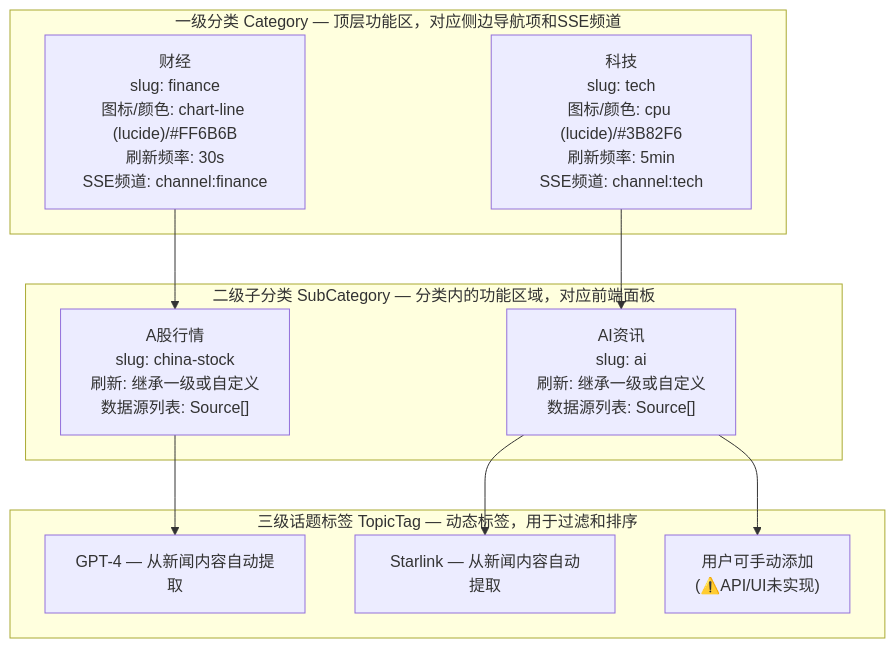
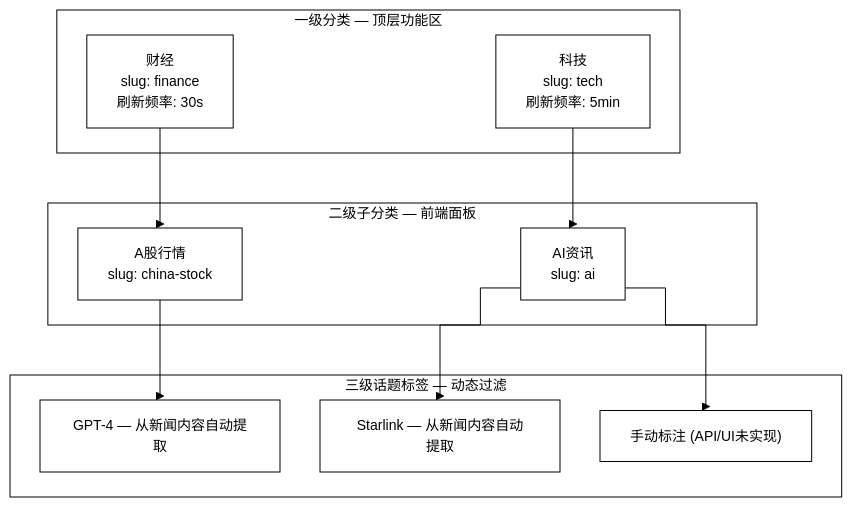
Before and after one commit to onceme/instantboard: the first of 6 diagrams in docs/design/content-categories.md, drawn with Mermaid. The commit also changed other lines of this file and 11 other files, not shown here.

````diff
--- a/docs/design/content-categories.md
+++ b/docs/design/content-categories.md
@@ -40,21 +40,22 @@
 ```mermaid
+%%{init: {"theme": "base", "themeVariables": {"background": "#ffffff", "primaryColor": "#ffffff", "primaryTextColor": "#000000", "primaryBorderColor": "#000000", "lineColor": "#000000", "secondaryColor": "#ffffff", "secondaryTextColor": "#000000", "secondaryBorderColor": "#000000", "tertiaryColor": "#ffffff", "tertiaryTextColor": "#000000", "tertiaryBorderColor": "#000000", "edgeLabelBackground": "#ffffff", "textColor": "#000000", "nodeTextColor": "#000000", "mainBkg": "#ffffff", "nodeBorder": "#000000", "clusterBkg": "#ffffff", "clusterBdr": "#000000", "clusterTextColor": "#000000", "titleColor": "#000000", "fontSize": "14px"}, "flowchart": {"curve": "step", "nodeSpacing": 40, "rankSpacing": 50, "wrappingWidth": 180, "useMaxWidth": true}}}%%
 graph TD
-    subgraph level1["一级分类 Category — 顶层功能区，对应侧边导航项和SSE频道"]
-        finance["财经<br/>slug: finance<br/>图标/颜色: chart-line (lucide)/#FF6B6B<br/>刷新频率: 30s<br/>SSE频道: channel:finance"]
-        tech["科技<br/>slug: tech<br/>图标/颜色: cpu (lucide)/#3B82F6<br/>刷新频率: 5min<br/>SSE频道: channel:tech"]
+    subgraph level1["一级分类 — 顶层功能区"]
+        finance["财经<br/>slug: finance<br/>刷新频率: 30s"]
+        tech["科技<br/>slug: tech<br/>刷新频率: 5min"]
     end
-    subgraph level2["二级子分类 SubCategory — 分类内的功能区域，对应前端面板"]
-        cn_stock["A股行情<br/>slug: china-stock<br/>刷新: 继承一级或自定义<br/>数据源列表: Source[]"]
-        ai["AI资讯<br/>slug: ai<br/>刷新: 继承一级或自定义<br/>数据源列表: Source[]"]
+    subgraph level2["二级子分类 — 前端面板"]
+        cn_stock["A股行情<br/>slug: china-stock"]
+        ai["AI资讯<br/>slug: ai"]
     end
-    subgraph level3["三级话题标签 TopicTag — 动态标签，用于过滤和排序"]
+    subgraph level3["三级话题标签 — 动态过滤"]
         gpt4["GPT-4 — 从新闻内容自动提取"]
         starlink["Starlink — 从新闻内容自动提取"]
-        custom["用户可手动添加<br/>(⚠️API/UI未实现)"]
+        custom["手动标注 (API/UI未实现)"]
     end
     finance --> cn_stock
     tech --> ai
     cn_stock --> gpt4
     ai --> starlink
     ai --> custom
 ```
````
